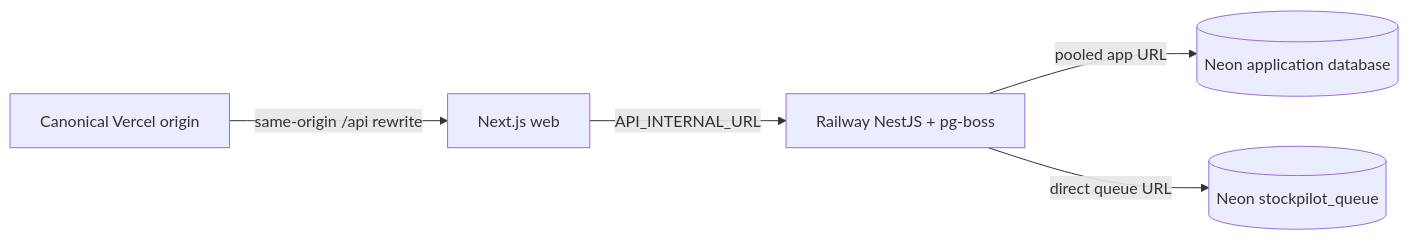
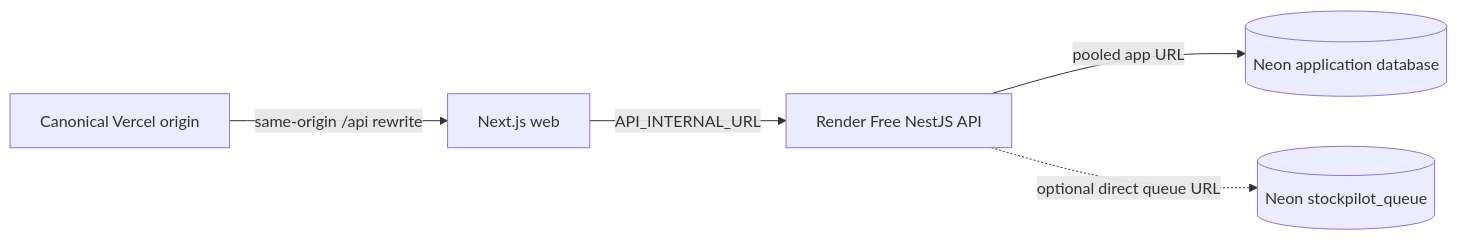
The diagram in docs/deployment.md (longhang2004/StockPilot), drawn with Mermaid before and after one commit. The commit also changed other lines of this file and 10 other files, not shown here.

Commit message:
feat(deploy): use free Render demo profile

````diff
--- a/docs/deployment.md
+++ b/docs/deployment.md
@@ -5,7 +5,7 @@
 ```mermaid
 flowchart LR
   Browser[Canonical Vercel origin] -->|same-origin /api rewrite| Web[Next.js web]
-  Web -->|API_INTERNAL_URL| API[Railway NestJS + pg-boss]
+  Web -->|API_INTERNAL_URL| API[Render Free NestJS API]
   API -->|pooled app URL| DB[(Neon application database)]
-  API -->|direct queue URL| Queue[(Neon stockpilot_queue)]
+  API -.->|optional direct queue URL| Queue[(Neon stockpilot_queue)]
 ```
````
